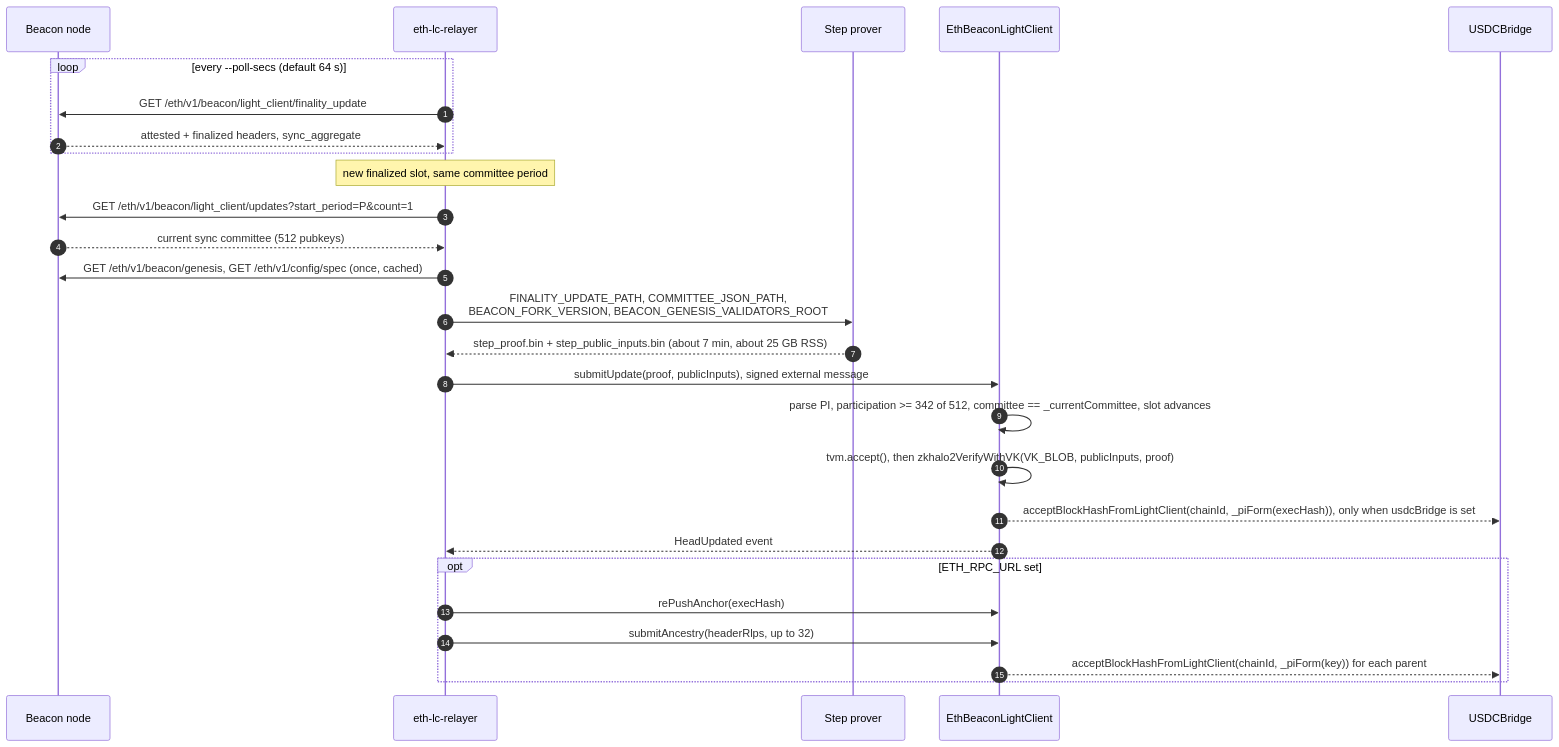
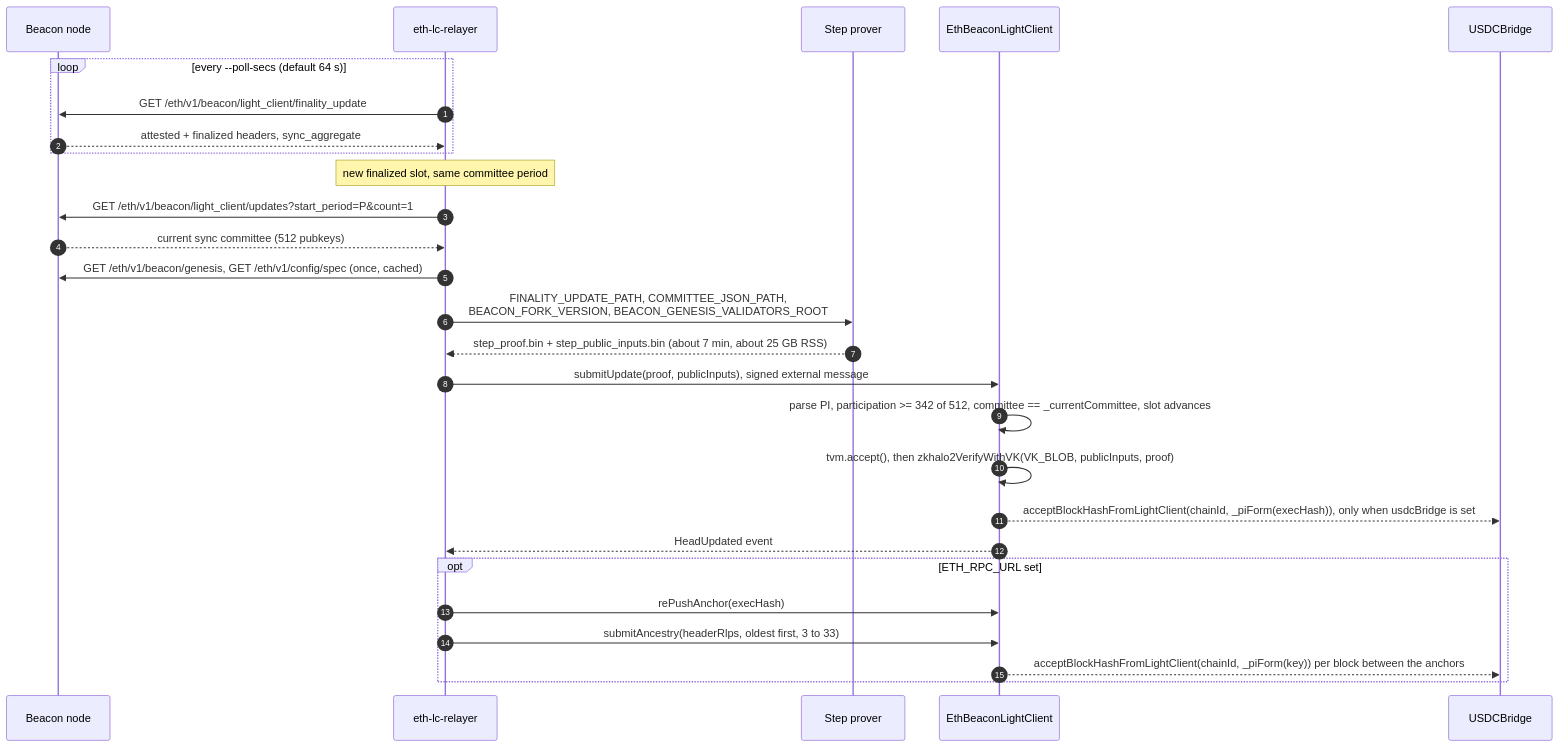
One commit to gosh-sh/bridge changed the second of 5 diagrams in docs/eth-light-client.md. Above: the diagram before and after it, drawn with Mermaid. The commit also changed other lines of this file and 10 other files, not shown here.

````diff
--- a/docs/eth-light-client.md
+++ b/docs/eth-light-client.md
@@ -99,29 +99,29 @@
 ```mermaid
 sequenceDiagram
   autonumber
   participant B as Beacon node
   participant R as eth-lc-relayer
   participant P as Step prover
   participant LC as EthBeaconLightClient
   participant UB as USDCBridge
   loop every --poll-secs (default 64 s)
     R->>B: GET /eth/v1/beacon/light_client/finality_update
     B-->>R: attested + finalized headers, sync_aggregate
   end
   Note over R: new finalized slot, same committee period
   R->>B: GET /eth/v1/beacon/light_client/updates?start_period=P&count=1
   B-->>R: current sync committee (512 pubkeys)
   R->>B: GET /eth/v1/beacon/genesis, GET /eth/v1/config/spec (once, cached)
   R->>P: FINALITY_UPDATE_PATH, COMMITTEE_JSON_PATH,<br/>BEACON_FORK_VERSION, BEACON_GENESIS_VALIDATORS_ROOT
   P-->>R: step_proof.bin + step_public_inputs.bin (about 7 min, about 25 GB RSS)
   R->>LC: submitUpdate(proof, publicInputs), signed external message
   LC->>LC: parse PI, participation >= 342 of 512, committee == _currentCommittee, slot advances
   LC->>LC: tvm.accept(), then zkhalo2VerifyWithVK(VK_BLOB, publicInputs, proof)
   LC-->>UB: acceptBlockHashFromLightClient(chainId, _piForm(execHash)), only when usdcBridge is set
   LC-->>R: HeadUpdated event
   opt ETH_RPC_URL set
     R->>LC: rePushAnchor(execHash)
-    R->>LC: submitAncestry(headerRlps, up to 32)
-    LC-->>UB: acceptBlockHashFromLightClient(chainId, _piForm(key)) for each parent
+    R->>LC: submitAncestry(headerRlps, oldest first, 3 to 33)
+    LC-->>UB: acceptBlockHashFromLightClient(chainId, _piForm(key)) per block between the anchors
   end
 ```
````
